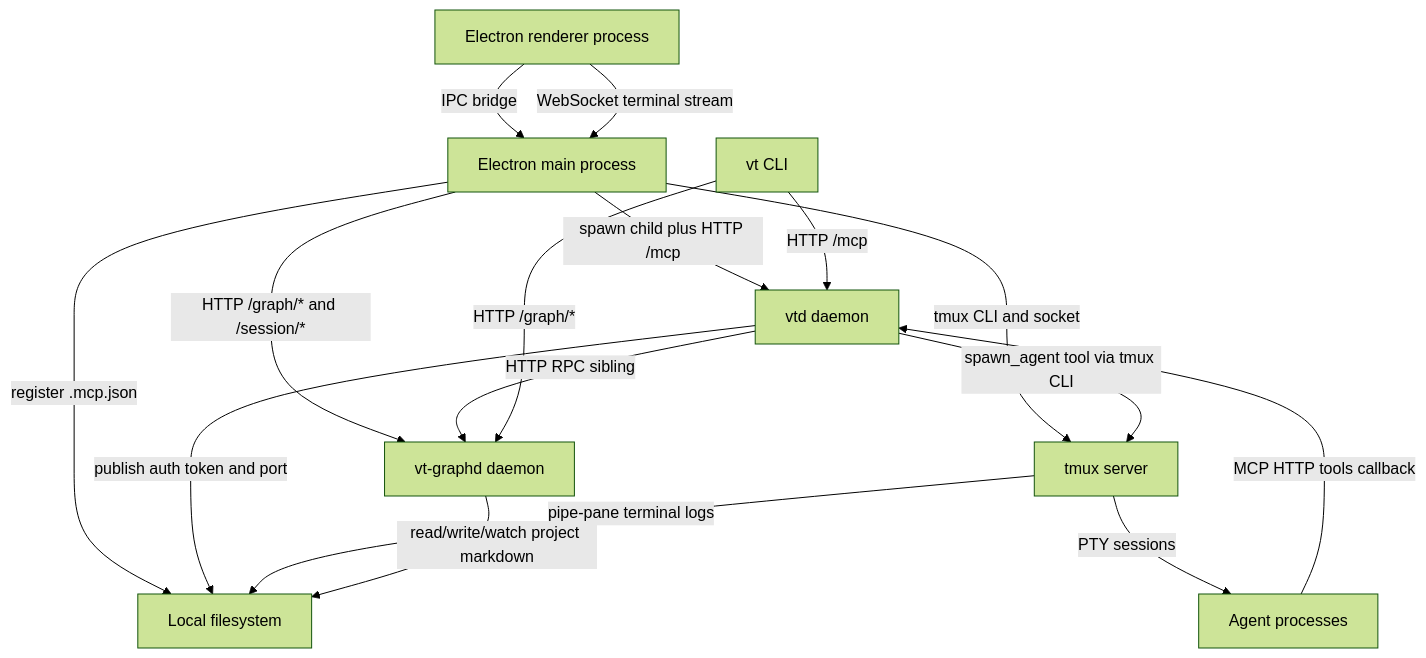
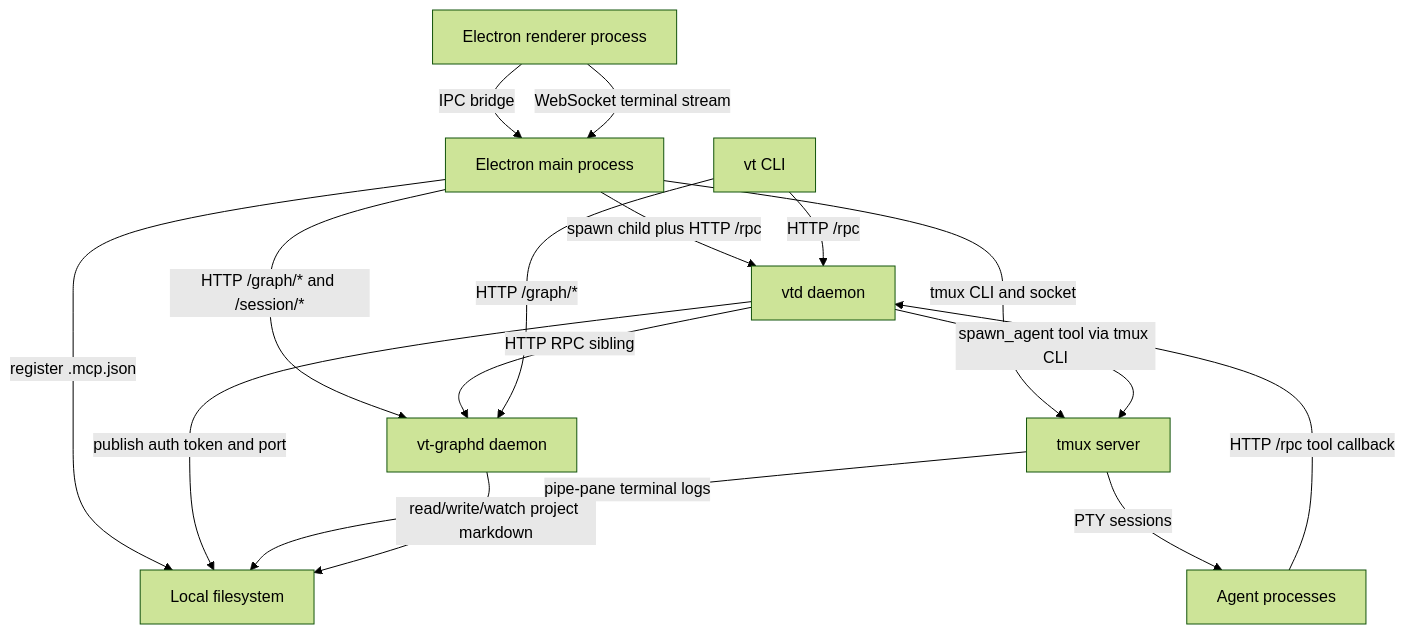
Before and after one commit to voicetreelab/voicetree: the diagram in architecture.md, drawn with Mermaid (forest theme). The commit also changed 32 other files, not shown here.

````diff
--- a/architecture.md
+++ b/architecture.md
@@ -5,36 +5,36 @@
 ```mermaid
 flowchart TD
   filesystem[Local filesystem]
   electronMain[Electron main process]
   electronRenderer[Electron renderer process]
   vtd[vtd daemon]
   graphd[vt-graphd daemon]
   tmuxServer[tmux server]
   vtCli[vt CLI]
   agentProcesses[Agent processes]
 
   electronRenderer -->|IPC bridge| electronMain
   electronRenderer -->|WebSocket terminal stream| electronMain
   electronMain -->|HTTP /graph/* and /session/*| graphd
-  electronMain -->|spawn child plus HTTP /mcp| vtd
+  electronMain -->|spawn child plus HTTP /rpc| vtd
   electronMain -->|tmux CLI and socket| tmuxServer
   electronMain -->|register .mcp.json| filesystem
   vtd -->|HTTP RPC sibling| graphd
   vtd -->|spawn_agent tool via tmux CLI| tmuxServer
   vtd -->|publish auth token and port| filesystem
-  vtCli -->|HTTP /mcp| vtd
+  vtCli -->|HTTP /rpc| vtd
   vtCli -->|HTTP /graph/*| graphd
   tmuxServer -->|PTY sessions| agentProcesses
   tmuxServer -->|pipe-pane terminal logs| filesystem
-  agentProcesses -->|MCP HTTP tools callback| vtd
+  agentProcesses -->|HTTP /rpc tool callback| vtd
   graphd -->|read/write/watch project markdown| filesystem
 
   click filesystem "."
   click electronMain "webapp/src/shell/edge/main/runtime/electron/app/main.ts"
   click electronRenderer "webapp/src/shell/UI/App.tsx"
   click graphd "packages/systems/graph-db-server/bin/vt-graphd.ts"
   click vtd "packages/systems/vt-daemon/bin/vtd.ts"
   click tmuxServer "packages/systems/vt-daemon/src/agent-runtime/terminals/tmux"
   click vtCli "packages/systems/voicetree-cli/bin/vt"
   click agentProcesses "packages/systems/vt-daemon/src/agent-runtime/spawn"
 ```
````
